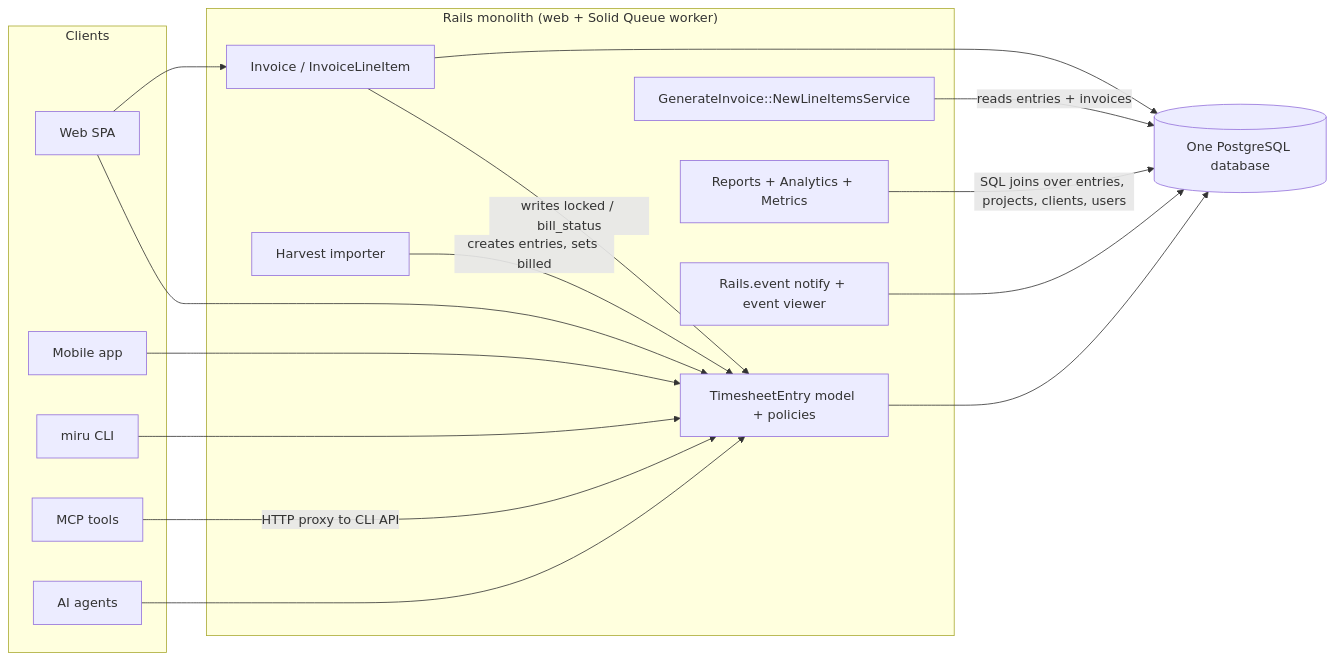
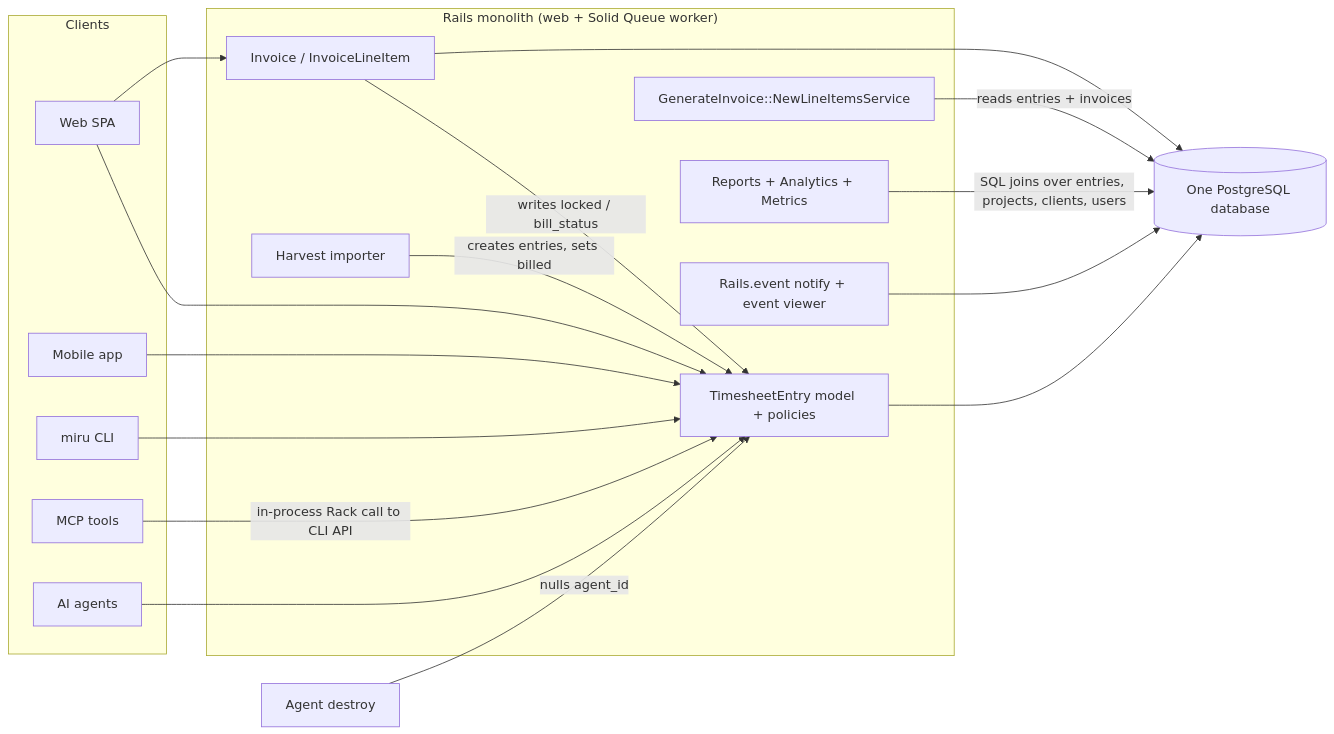
Before and after one commit to Homie-Improvement/miru: the first of 4 diagrams in docs/architecture/timekeeping-soa.md, drawn with Mermaid. The commit also changed other lines of this file, not shown here.

````diff
--- a/docs/architecture/timekeeping-soa.md
+++ b/docs/architecture/timekeeping-soa.md
@@ -26,32 +26,33 @@
 ```mermaid
 flowchart LR
   subgraph Clients
     Web[Web SPA]
     Mobile[Mobile app]
     CLI[miru CLI]
     MCP[MCP tools]
     Agent[AI agents]
   end
   subgraph Monolith["Rails monolith (web + Solid Queue worker)"]
     TE[TimesheetEntry model + policies]
     INV[Invoice / InvoiceLineItem]
     GEN[GenerateInvoice::NewLineItemsService]
     REP[Reports + Analytics + Metrics]
     IMP[Harvest importer]
     EVT[Rails.event notify + event viewer]
   end
   DB[(One PostgreSQL database)]
   Web --> TE
   Mobile --> TE
   CLI --> TE
-  MCP -->|HTTP proxy to CLI API| TE
+  MCP -->|in-process Rack call to CLI API| TE
   Agent --> TE
   Web --> INV
   INV -->|writes locked / bill_status| TE
   GEN -->|reads entries + invoices| DB
   REP -->|SQL joins over entries, projects, clients, users| DB
   IMP -->|creates entries, sets billed| TE
+  AGD[Agent destroy] -->|nulls agent_id| TE
   TE --> DB
   INV --> DB
   EVT --> DB
 ```
````
